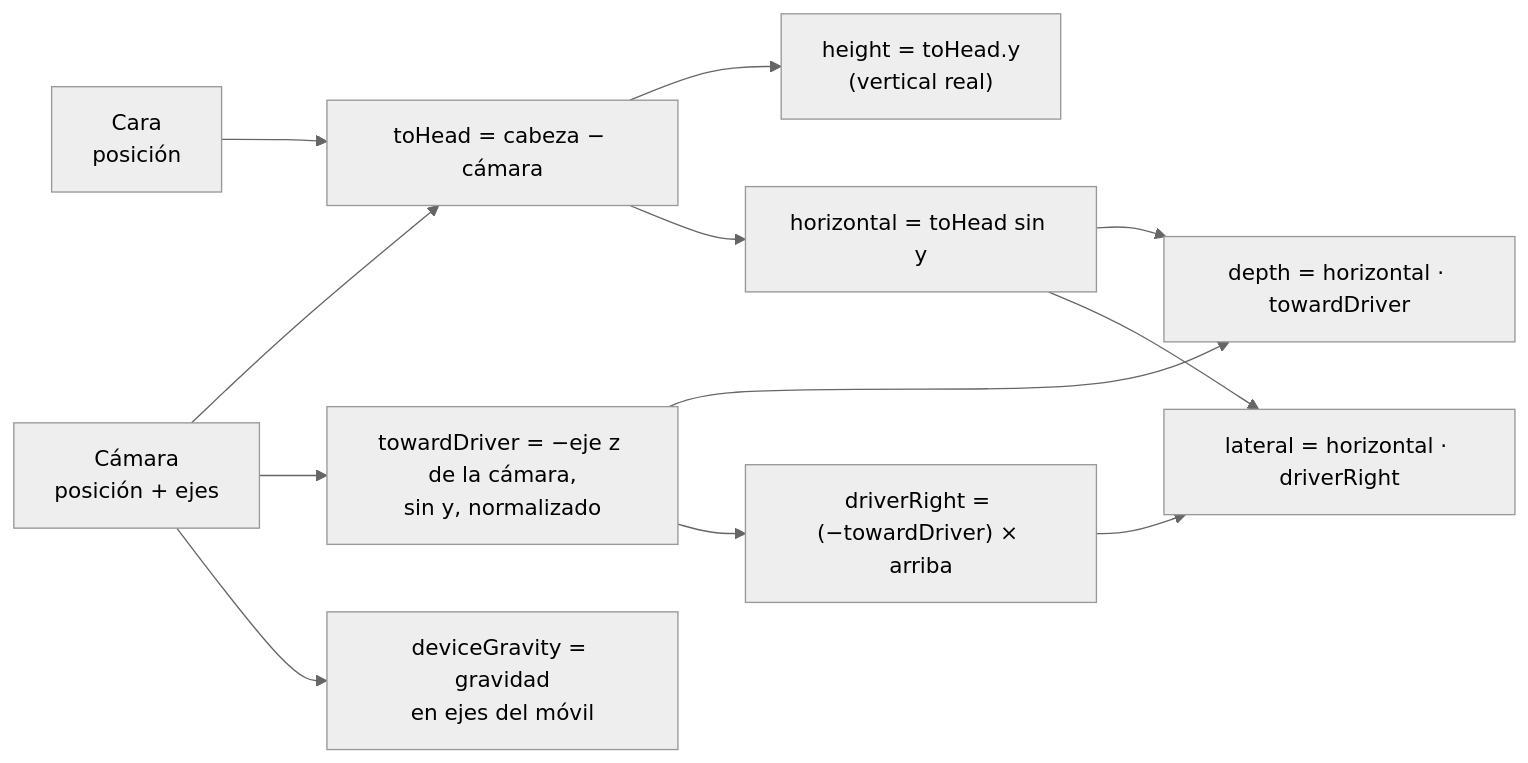
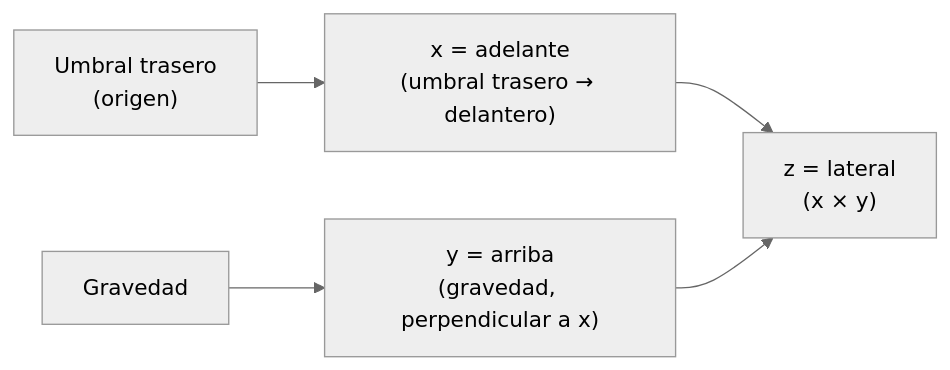
Before and after one commit to jhonjairo6230/my-car-possition: the diagram in docs/como-funciona-la-medicion.md, drawn with Mermaid (neutral theme). The commit also changed other lines of this file and 12 other files, not shown here.

````diff
--- a/docs/como-funciona-la-medicion.md
+++ b/docs/como-funciona-la-medicion.md
@@ -18,14 +20,7 @@
 ```mermaid
 flowchart LR
-    C["Cámara<br/>posición + ejes"] --> V["toHead = cabeza − cámara"]
-    H["Cara<br/>posición"] --> V
-    V --> Y["height = toHead.y<br/>(vertical real)"]
-    V --> P["horizontal = toHead sin y"]
-    C --> F["towardDriver = −eje z de la cámara,<br/>sin y, normalizado"]
-    P --> D["depth = horizontal · towardDriver"]
-    F --> D
-    F --> R["driverRight = (−towardDriver) × arriba"]
-    P --> L["lateral = horizontal · driverRight"]
-    R --> L
-    C --> G["deviceGravity = gravidad<br/>en ejes del móvil"]
+    R["Umbral trasero<br/>(origen)"] --> F["x = adelante<br/>(umbral trasero → delantero)"]
+    G["Gravedad"] --> U["y = arriba<br/>(gravedad, perpendicular a x)"]
+    F --> S["z = lateral<br/>(x × y)"]
+    U --> S
 ```
````
